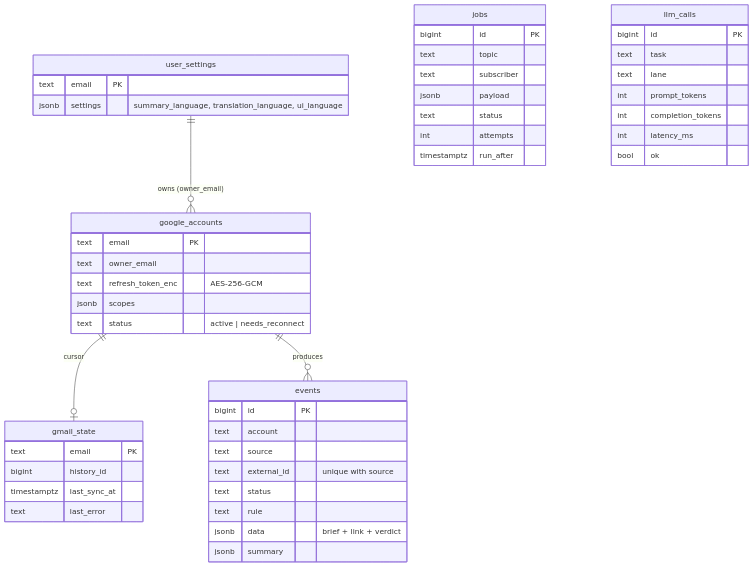
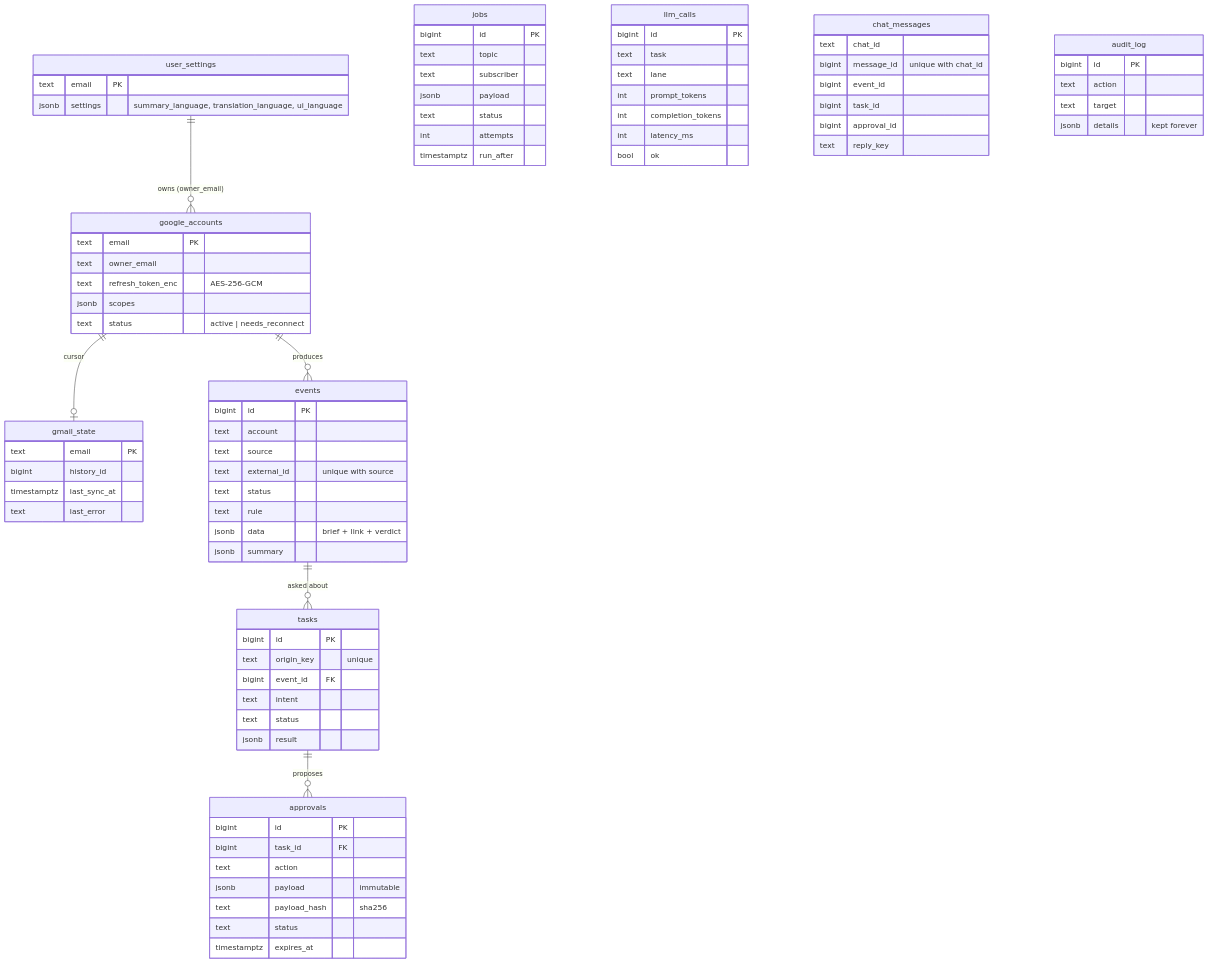
Before and after one commit to huydt84/google-management: the ninth of 12 diagrams in docs/architecture.md, drawn with Mermaid. The commit also changed other lines of this file and 67 other files, not shown here.

First line of the commit message:
feat(phase3): add Telegram commands, owner tasks, and translate/analyze/reply recipes

````diff
--- a/docs/architecture.md
+++ b/docs/architecture.md
@@ -376,4 +413,37 @@
         int latency_ms
         bool ok
     }
+    events ||--o{ tasks : "asked about"
+    tasks ||--o{ approvals : "proposes"
+    tasks {
+        bigint id PK
+        text origin_key "unique"
+        bigint event_id FK
+        text intent
+        text status
+        jsonb result
+    }
+    approvals {
+        bigint id PK
+        bigint task_id FK
+        text action
+        jsonb payload "immutable"
+        text payload_hash "sha256"
+        text status
+        timestamptz expires_at
+    }
+    chat_messages {
+        text chat_id
+        bigint message_id "unique with chat_id"
+        bigint event_id
+        bigint task_id
+        bigint approval_id
+        text reply_key
+    }
+    audit_log {
+        bigint id PK
+        text action
+        text target
+        jsonb details "kept forever"
+    }
 ```
````
